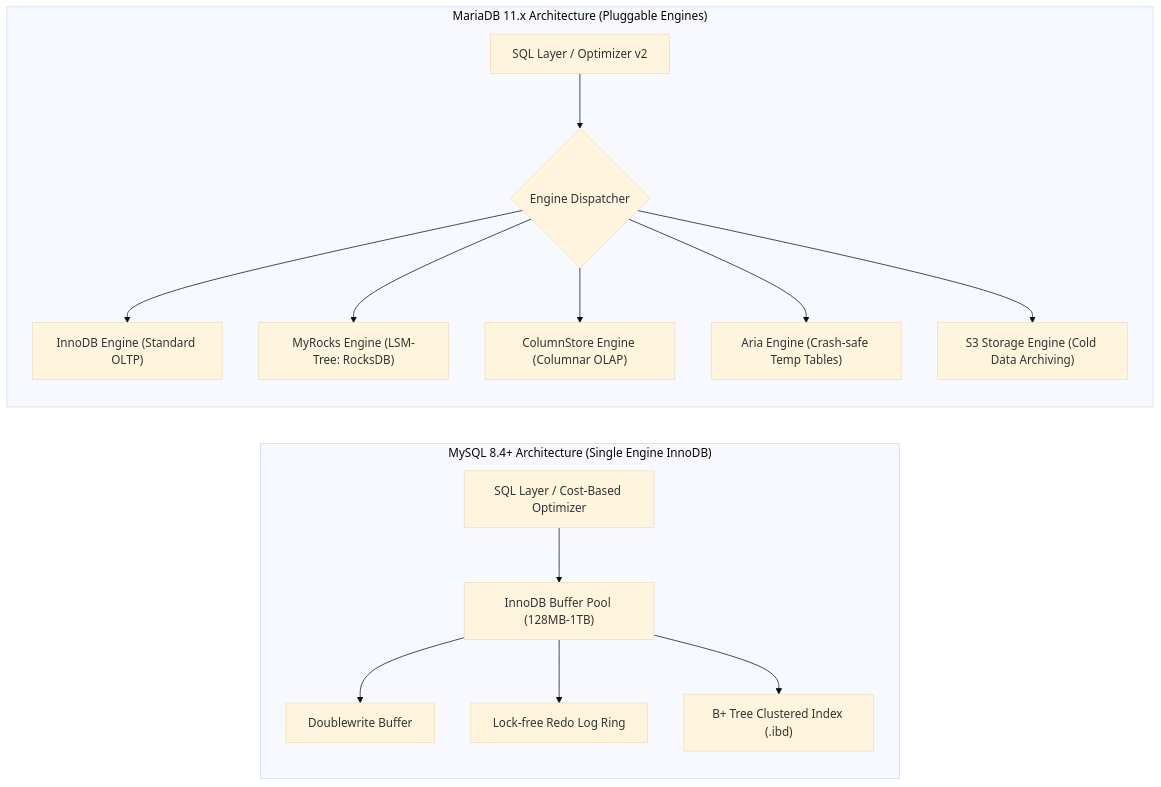
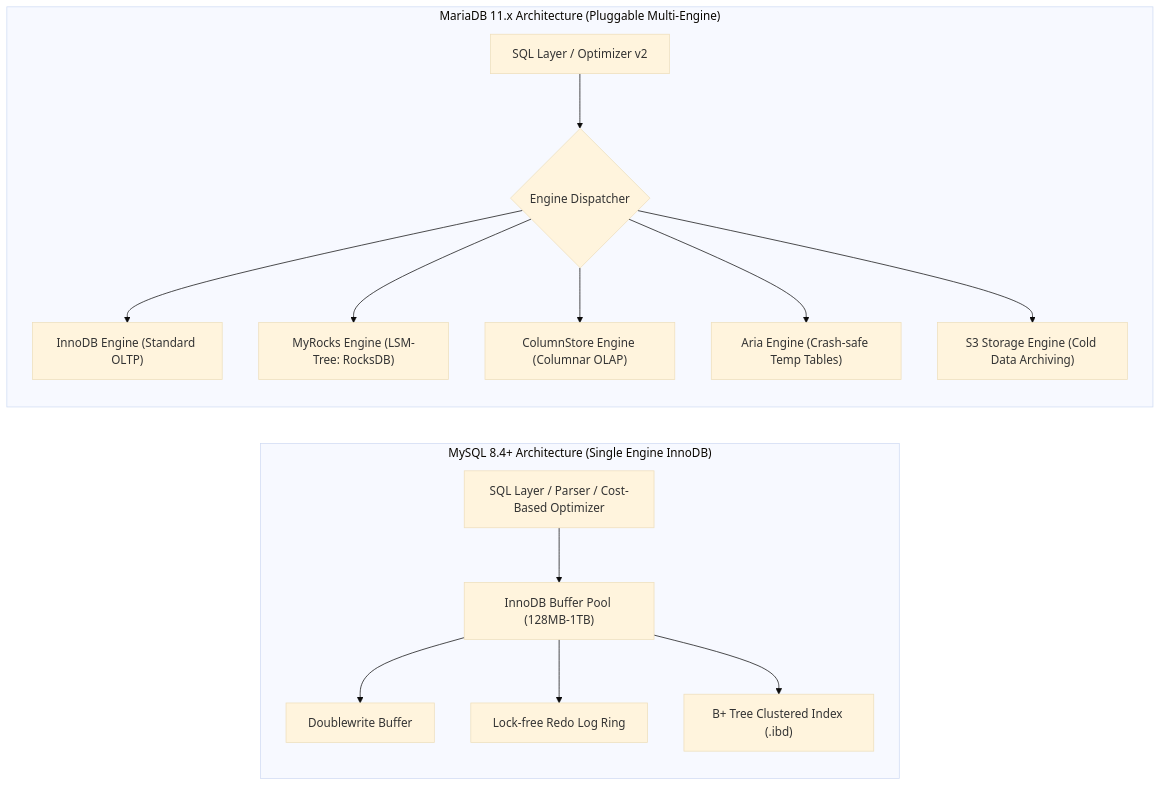
One commit to vesviet/vesviet changed the second of 4 diagrams in content/series/architectural-tradeoffs-showdowns/04-mariadb-vs-mysql-storage-engines-threadpool.md. Above: the diagram before and after it, drawn with Mermaid (base theme). The commit also changed other lines of this file and 56 other files, not shown here.

Commit message:
feat(sprint-1): upgrade architectural-tradeoffs-showdowns and ride-hailing to 2027 SOTA masterclass

````diff
--- a/content/series/architectural-tradeoffs-showdowns/04-mariadb-vs-mysql-storage-engines-threadpool.md
+++ b/content/series/architectural-tradeoffs-showdowns/04-mariadb-vs-mysql-storage-engines-threadpool.md
@@ -88,20 +94,20 @@
 ```mermaid
 flowchart LR
     subgraph MySQL_Arch ["MySQL 8.4+ Architecture (Single Engine InnoDB)"]
         direction TB
-        M_SQL["SQL Layer / Cost-Based Optimizer"] --> M_Buffer["InnoDB Buffer Pool (128MB-1TB)"]
+        M_SQL["SQL Layer / Parser / Cost-Based Optimizer"] --> M_Buffer["InnoDB Buffer Pool (128MB-1TB)"]
         M_Buffer --> M_Double["Doublewrite Buffer"]
         M_Buffer --> M_Redo["Lock-free Redo Log Ring"]
         M_Buffer --> M_BTree["B+ Tree Clustered Index (.ibd)"]
     end
 
-    subgraph Maria_Arch ["MariaDB 11.x Architecture (Pluggable Engines)"]
+    subgraph Maria_Arch ["MariaDB 11.x Architecture (Pluggable Multi-Engine)"]
         direction TB
         V_SQL["SQL Layer / Optimizer v2"] --> V_Router{"Engine Dispatcher"}
         V_Router --> V_InnoDB["InnoDB Engine (Standard OLTP)"]
         V_Router --> V_Rocks["MyRocks Engine (LSM-Tree: RocksDB)"]
         V_Router --> V_Col["ColumnStore Engine (Columnar OLAP)"]
         V_Router --> V_Aria["Aria Engine (Crash-safe Temp Tables)"]
         V_Router --> V_S3["S3 Storage Engine (Cold Data Archiving)"]
     end
 ```
````
